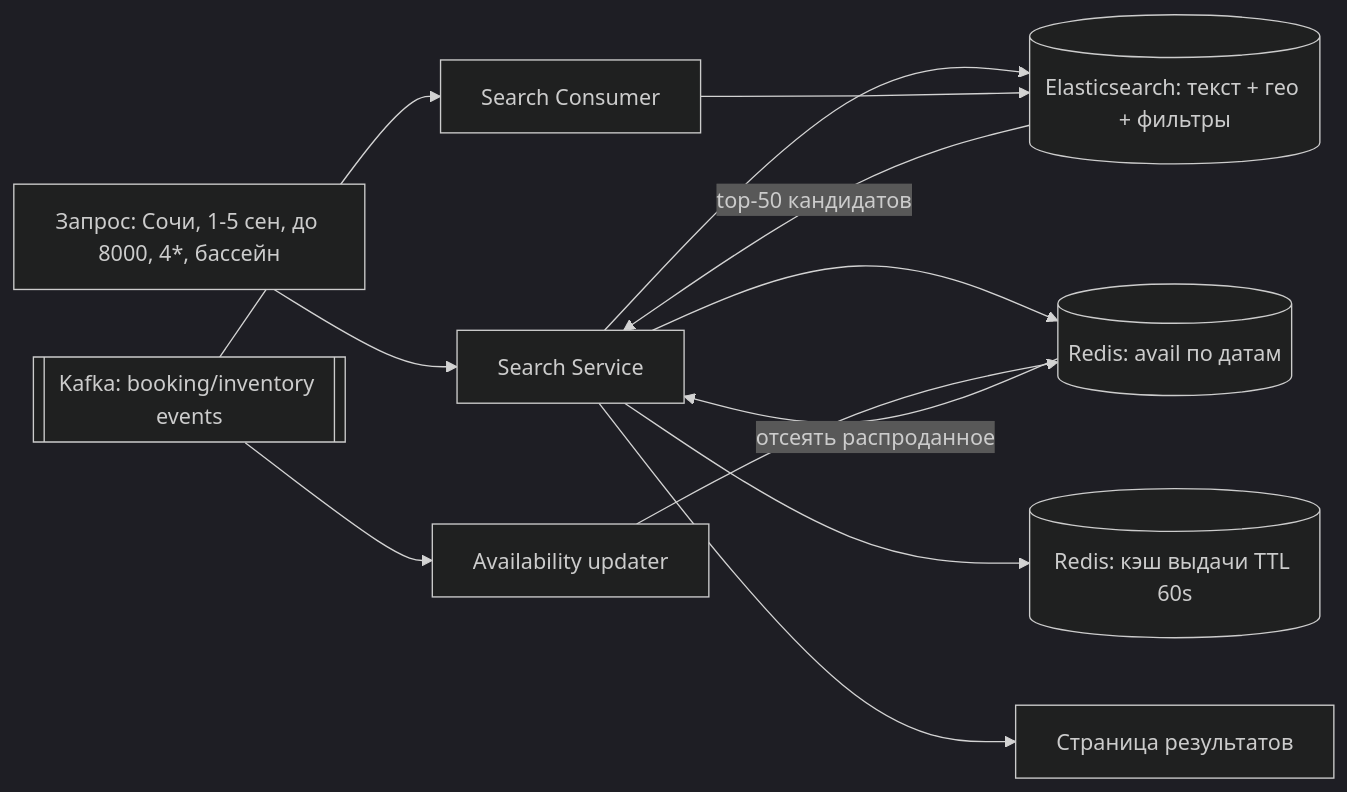
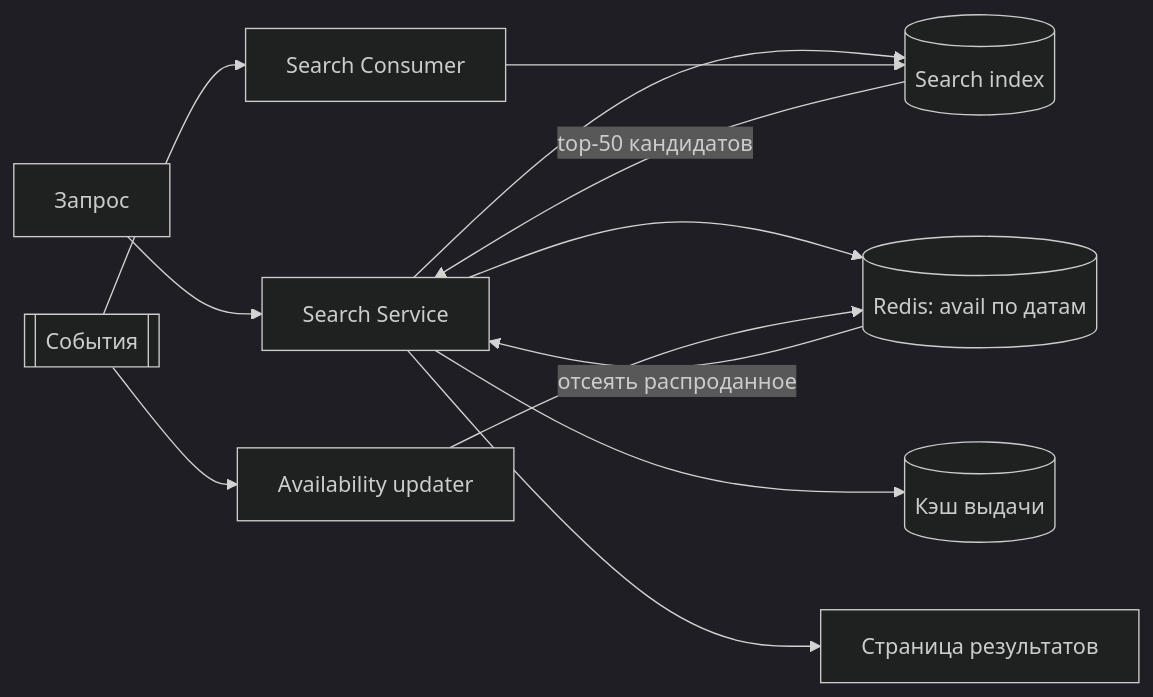
The fourth of 5 diagrams in 02-case-studies/hotel-booking.md (AlohaJava/system-design-interview-chamkin), drawn with Mermaid (dark theme) before and after one commit. The commit also changed other lines of this file and 49 other files, not shown here.

````diff
--- a/02-case-studies/hotel-booking.md
+++ b/02-case-studies/hotel-booking.md
@@ -403,15 +403,15 @@
 ```mermaid
 flowchart LR
-    Q["Запрос: Сочи, 1-5 сен, до 8000, 4*, бассейн"] --> SS["Search Service"]
-    SS --> ES[("Elasticsearch: текст + гео + фильтры")]
+    Q["Запрос"] --> SS["Search Service"]
+    SS --> ES[("Search index")]
     ES -->|top-50 кандидатов| SS
     SS --> R[("Redis: avail по датам")]
     R -->|отсеять распроданное| SS
-    SS --> SRC[("Redis: кэш выдачи TTL 60s")]
+    SS --> SRC[("Кэш выдачи")]
     SS --> RESP["Страница результатов"]
 
-    K[["Kafka: booking/inventory events"]] --> SC["Search Consumer"]
+    K[["События"]] --> SC["Search Consumer"]
     SC --> ES
     K --> INV["Availability updater"]
     INV --> R
 ```
````
